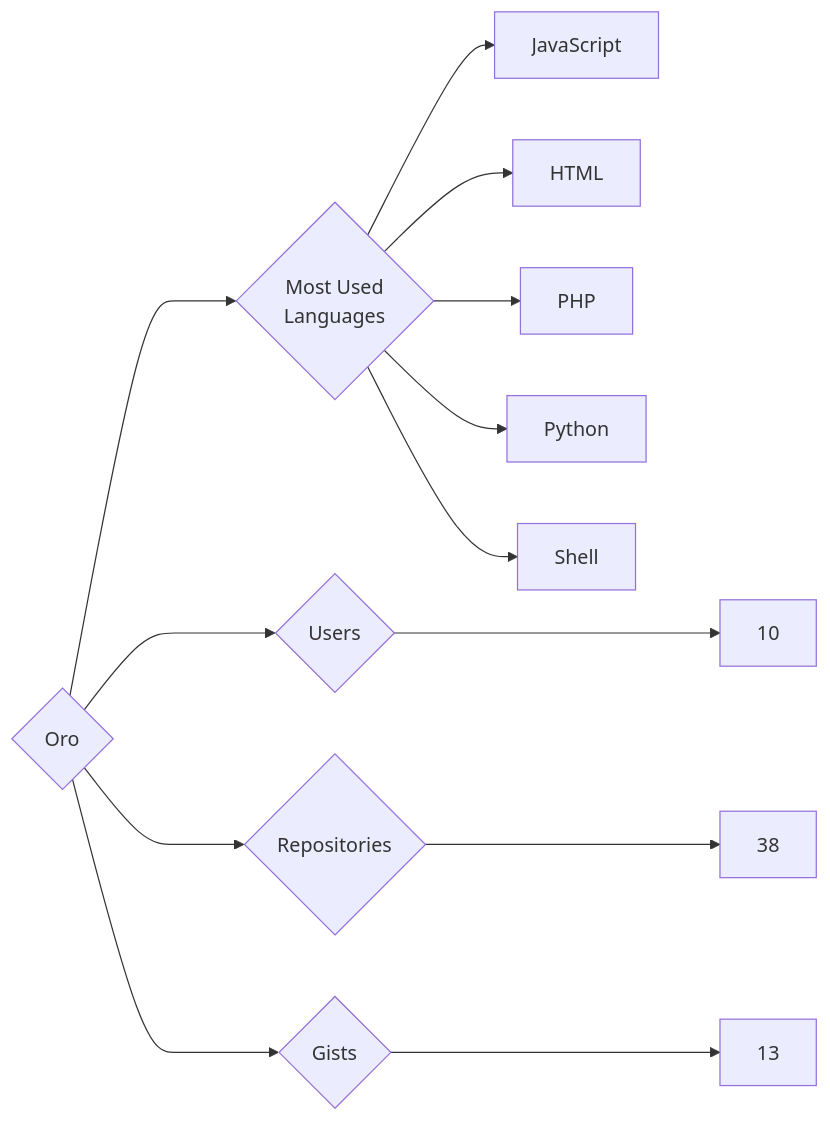
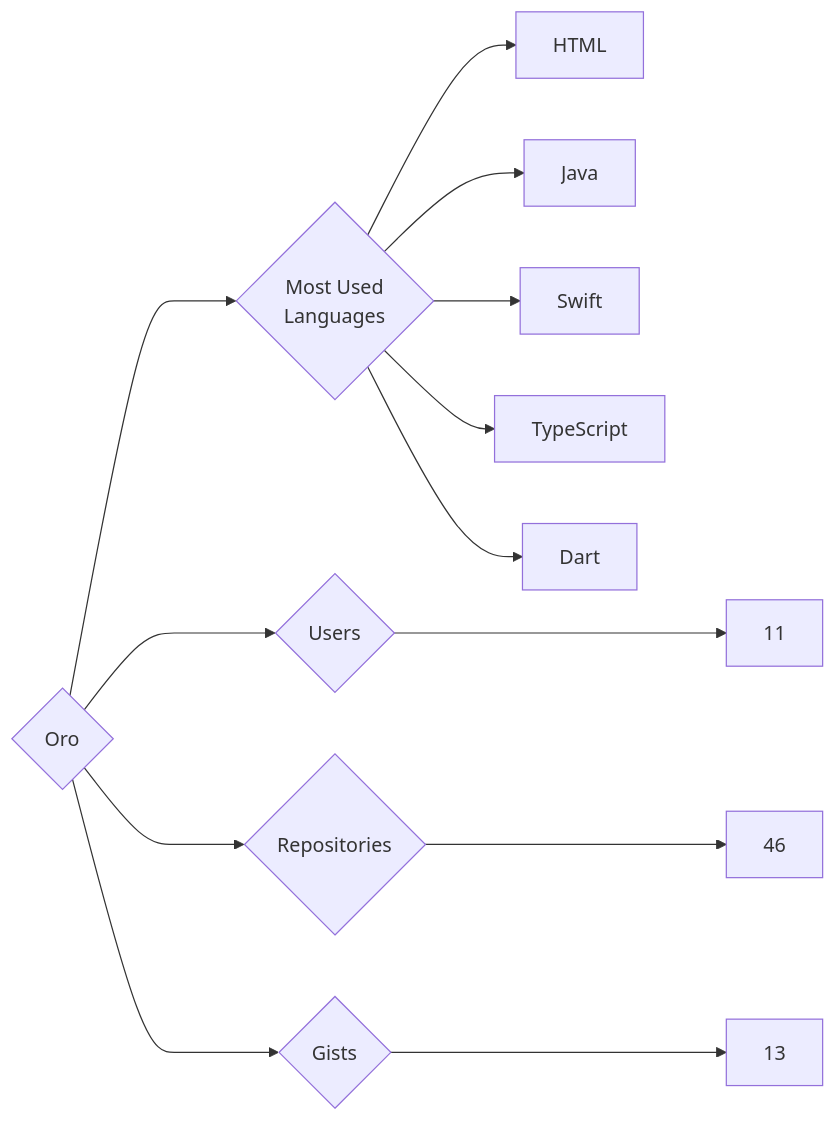
One commit to trickest/insiders changed the diagram in targets/Oro/README.md. Above: the diagram before and after it, drawn with Mermaid. The commit also changed 823 other files, not shown here.

````diff
--- a/targets/Oro/README.md
+++ b/targets/Oro/README.md
@@ -3,13 +3,13 @@
 ```mermaid
 graph LR
 COMPANY_NAME{Oro}
-COMPANY_NAME ---> U{Users} ---> UN[10]
-COMPANY_NAME ---> R{Repositories} ---> RN[38]
+COMPANY_NAME ---> U{Users} ---> UN[11]
+COMPANY_NAME ---> R{Repositories} ---> RN[46]
 COMPANY_NAME ---> G{Gists} ---> GN[13]
 COMPANY_NAME ---> ML{Most Used<br>Languages}
-ML --> JavaScript[JavaScript]
 ML --> HTML[HTML]
-ML --> PHP[PHP]
-ML --> Python[Python]
-ML --> Shell[Shell]
+ML --> Java[Java]
+ML --> Swift[Swift]
+ML --> TypeScript[TypeScript]
+ML --> Dart[Dart]
 ```
````
